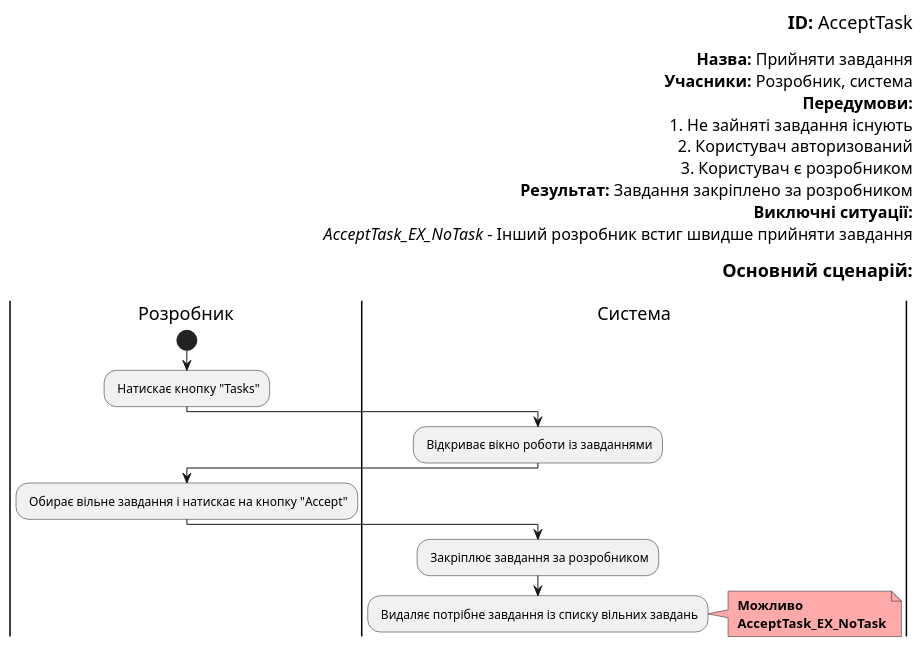
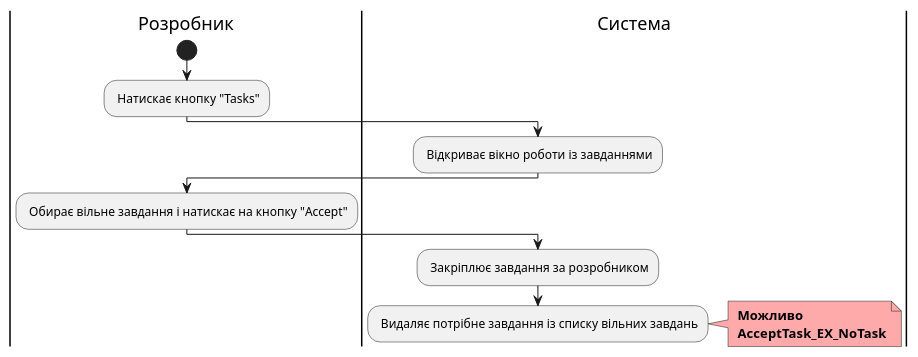
Before and after one commit to boldak/edu-db-cw: diagram 15 of 19 in docs/use cases/README.md, drawn with PlantUML. The commit also changed other lines of this file, not shown here.

```diff
--- a/docs/use cases/README.md
+++ b/docs/use cases/README.md
@@ -958,39 +1017,23 @@
 @startuml
 
-    right header        
-        <font color=000 size=18><b>ID:</b> AcceptTask
-
-        <font color=000 size=16><b>Назва:</b> Прийняти завдання
-        <font color=000 size=16><b>Учасники:</b> Розробник, система
-        <font color=000 size=16><b>Передумови:</b>
-        <font color=000 size=16> 1. Не зайняті завдання існують
-        <font color=000 size=16> 2. Користувач авторизований
-        <font color=000 size=16>3. Користувач є розробником
-        <font color=000 size=16><b>Результат:</b> Завдання закріплено за розробником
-        <font color=000 size=16><b>Виключні ситуації:</b>
-        <font color=000 size=16> <i>AcceptTask_EX_NoTask</i> - Інший розробник встиг швидше прийняти завдання
-
-        <font color=000 size=18><b>Основний сценарій:</b>
-        
-    end header
     |Розробник|
         start
         : Натискає кнопку "Tasks";
         
     |Система|
         : Відкриває вікно роботи із завданнями;
         
     |Розробник|
         : Обирає вільне завдання і натискає на кнопку "Accept";
         
     |Система|
         : Закріплює завдання за розробником;
         
     |Система|
         : Видаляє потрібне завдання із списку вільних завдань;
         note right #ffaaaa
         <b> Можливо
         <b> AcceptTask_EX_NoTask
         end note
 
 @enduml
```
